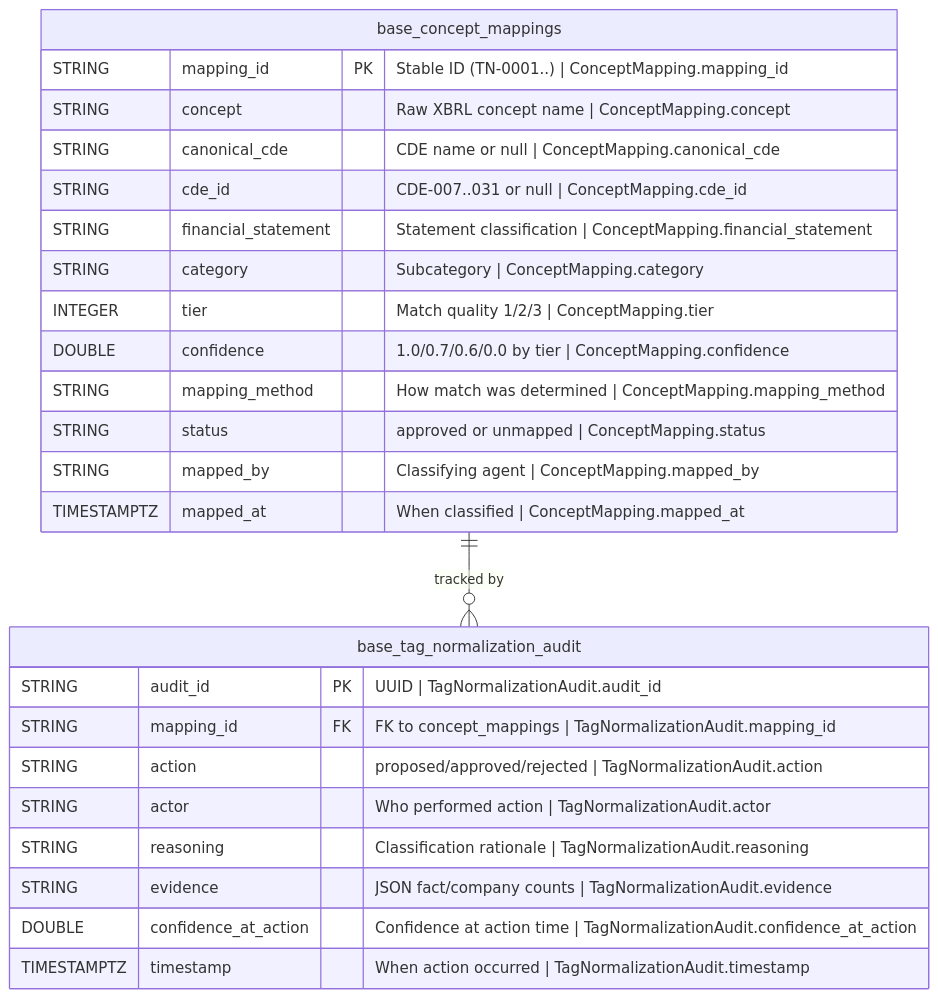
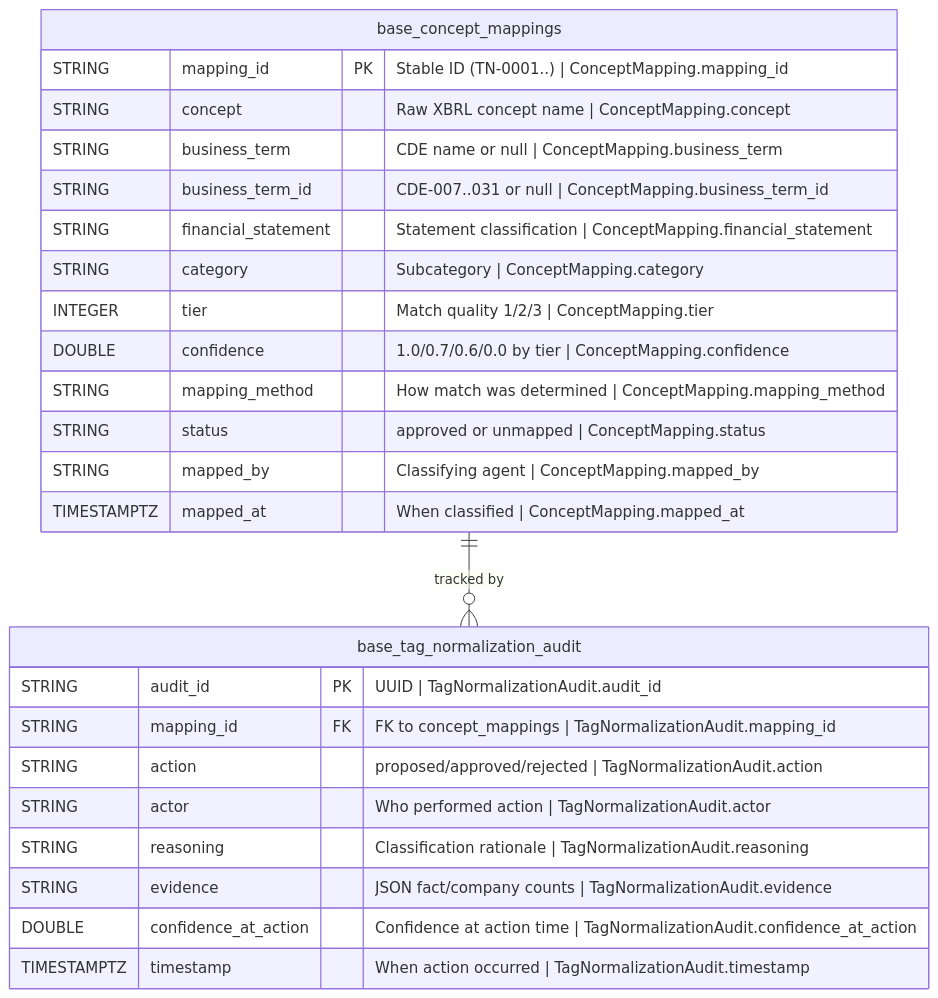
The diagram in governance/models/base-xbrl-tag-normalization-physical.md (jcernauske/sec-edgair), drawn with Mermaid before and after one commit. The commit also changed other lines of this file and 50 other files, not shown here.

First line of the commit message:
refactor(infra-governance-model-alignment): CDE → business term unification

````diff
--- a/governance/models/base-xbrl-tag-normalization-physical.md
+++ b/governance/models/base-xbrl-tag-normalization-physical.md
@@ -11,28 +11,28 @@
 ```mermaid
 erDiagram
     base_concept_mappings {
         STRING mapping_id PK "Stable ID (TN-0001..) | ConceptMapping.mapping_id"
         STRING concept "Raw XBRL concept name | ConceptMapping.concept"
-        STRING canonical_cde "CDE name or null | ConceptMapping.canonical_cde"
-        STRING cde_id "CDE-007..031 or null | ConceptMapping.cde_id"
+        STRING business_term "CDE name or null | ConceptMapping.business_term"
+        STRING business_term_id "CDE-007..031 or null | ConceptMapping.business_term_id"
         STRING financial_statement "Statement classification | ConceptMapping.financial_statement"
         STRING category "Subcategory | ConceptMapping.category"
         INTEGER tier "Match quality 1/2/3 | ConceptMapping.tier"
         DOUBLE confidence "1.0/0.7/0.6/0.0 by tier | ConceptMapping.confidence"
         STRING mapping_method "How match was determined | ConceptMapping.mapping_method"
         STRING status "approved or unmapped | ConceptMapping.status"
         STRING mapped_by "Classifying agent | ConceptMapping.mapped_by"
         TIMESTAMPTZ mapped_at "When classified | ConceptMapping.mapped_at"
     }
     base_tag_normalization_audit {
         STRING audit_id PK "UUID | TagNormalizationAudit.audit_id"
         STRING mapping_id FK "FK to concept_mappings | TagNormalizationAudit.mapping_id"
         STRING action "proposed/approved/rejected | TagNormalizationAudit.action"
         STRING actor "Who performed action | TagNormalizationAudit.actor"
         STRING reasoning "Classification rationale | TagNormalizationAudit.reasoning"
         STRING evidence "JSON fact/company counts | TagNormalizationAudit.evidence"
         DOUBLE confidence_at_action "Confidence at action time | TagNormalizationAudit.confidence_at_action"
         TIMESTAMPTZ timestamp "When action occurred | TagNormalizationAudit.timestamp"
     }
     base_concept_mappings ||--o{ base_tag_normalization_audit : "tracked by"
 ```
````
